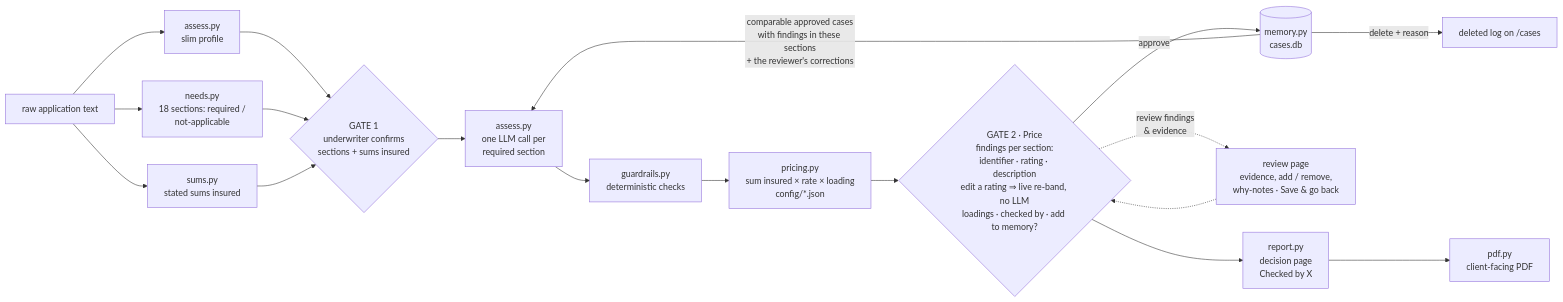
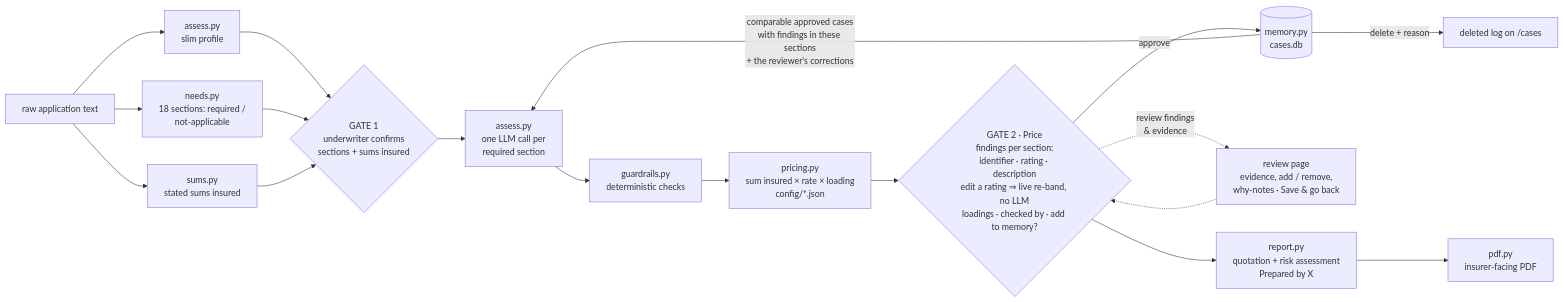
One commit to GoldenWind8/converge-underwriting changed the first of 2 diagrams in docs/ARCHITECTURE.md. Above: the diagram before and after it, drawn with Mermaid. The commit also changed other lines of this file and 10 other files, not shown here.

First line of the commit message:
Make the report and PDF an insurer-facing quotation

````diff
--- a/docs/ARCHITECTURE.md
+++ b/docs/ARCHITECTURE.md
@@ -9,19 +9,19 @@
 ```mermaid
 flowchart LR
     A[raw application text] --> P[assess.py<br/>slim profile]
     A --> N[needs.py<br/>18 sections: required /<br/>not-applicable]
     A --> SI[sums.py<br/>stated sums insured]
     P --> G1{GATE 1<br/>underwriter confirms<br/>sections + sums insured}
     N --> G1
     SI --> G1
     G1 --> B[assess.py<br/>one LLM call per<br/>required section]
     M[(memory.py<br/>cases.db)] -->|comparable approved cases<br/>with findings in these sections<br/>+ the reviewer's corrections| B
     B --> C[guardrails.py<br/>deterministic checks]
     C --> PR[pricing.py<br/>sum insured × rate × loading<br/>config/*.json]
     PR --> G2{GATE 2 · Price<br/>findings per section:<br/>identifier · rating · description<br/>edit a rating ⇒ live re-band, no LLM<br/>loadings · checked by · add to memory?}
     G2 -.->|review findings<br/>& evidence| R[review page<br/>evidence, add / remove,<br/>why-notes · Save & go back]
     R -.-> G2
     G2 -->|approve| M
-    G2 --> E[report.py<br/>decision page<br/>Checked by X] --> PDF[pdf.py<br/>client-facing PDF]
+    G2 --> E[report.py<br/>quotation + risk assessment<br/>Prepared by X] --> PDF[pdf.py<br/>insurer-facing PDF]
     M -->|delete + reason| H[deleted log on /cases]
 ```
````
